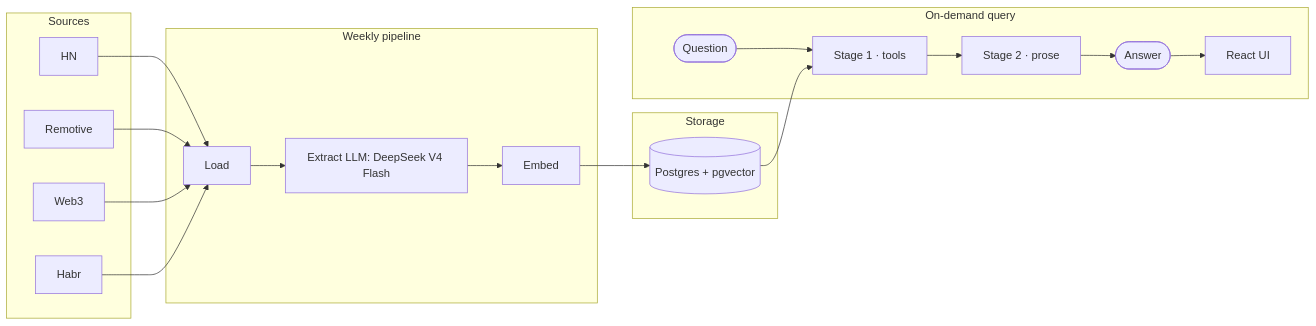
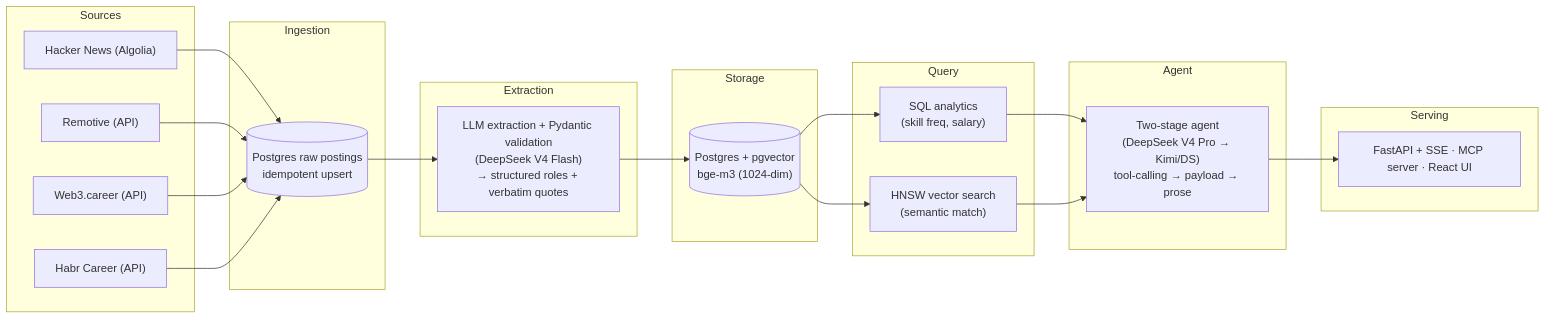
Before and after one commit to IvanWend/techanizer: the diagram in docs/model_BPMN.md, drawn with Mermaid. The commit also changed 1 other file, not shown here.

Commit message:
update docs and readme

````diff
--- a/docs/model_BPMN.md
+++ b/docs/model_BPMN.md
@@ -5,18 +5,35 @@
 ```mermaid
 flowchart LR
     subgraph SRC["Sources"]
-        hn[HN] & rem[Remotive] & w3[Web3] & hab[Habr]
+        hn["Hacker News (Algolia)"]
+        rem["Remotive (API)"]
+        w3["Web3.career (API)"]
+        hab["Habr Career (API)"]
     end
-    subgraph PIPE["Weekly pipeline"]
-        load[Load] --> ext[Extract LLM: DeepSeek V4 Flash] --> emb[Embed]
+    subgraph INGEST["Ingestion"]
+        raw[("Postgres raw postings<br/>idempotent upsert")]
+    end
+    subgraph EXTRACT["Extraction"]
+        ext["LLM extraction + Pydantic validation<br/>(DeepSeek V4 Flash)<br/>→ structured roles + verbatim quotes"]
     end
     subgraph STORE["Storage"]
-        db[(Postgres + pgvector)]
+        db[("Postgres + pgvector<br/>bge-m3 (1024-dim)")]
     end
-    subgraph APP["On-demand query"]
-        q([Question]) --> s1[Stage 1 · tools] --> s2[Stage 2 · prose] --> a([Answer]) --> ui[React UI]
+    subgraph QUERY["Query"]
+        sql["SQL analytics<br/>(skill freq, salary)"]
+        vec["HNSW vector search<br/>(semantic match)"]
     end
-    hn & rem & w3 & hab --> load
-    emb --> db
-    db --> s1
+    subgraph AGENT["Agent"]
+        agent["Two-stage agent<br/>(DeepSeek V4 Pro → Kimi/DS)<br/>tool-calling → payload → prose"]
+    end
+    subgraph SERVE["Serving"]
+        ui["FastAPI + SSE · MCP server · React UI"]
+    end
+
+    hn & rem & w3 & hab --> raw
+    raw --> ext
+    ext --> db
+    db --> sql & vec
+    sql & vec --> agent
+    agent --> ui
 ```
````
